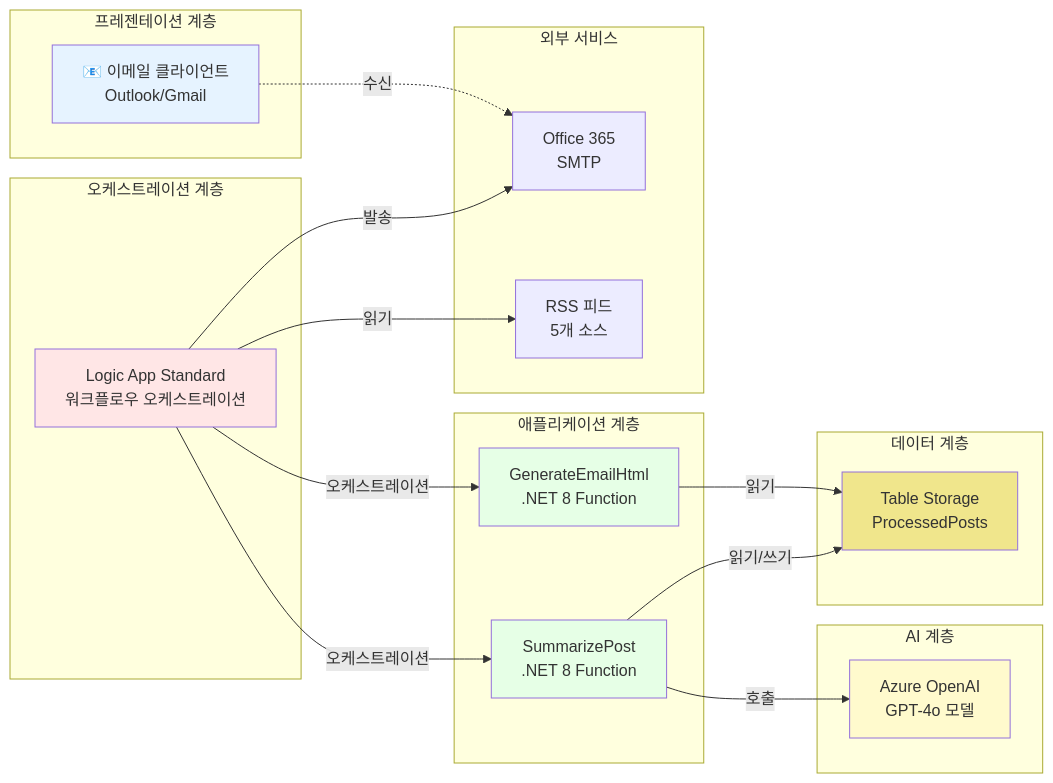
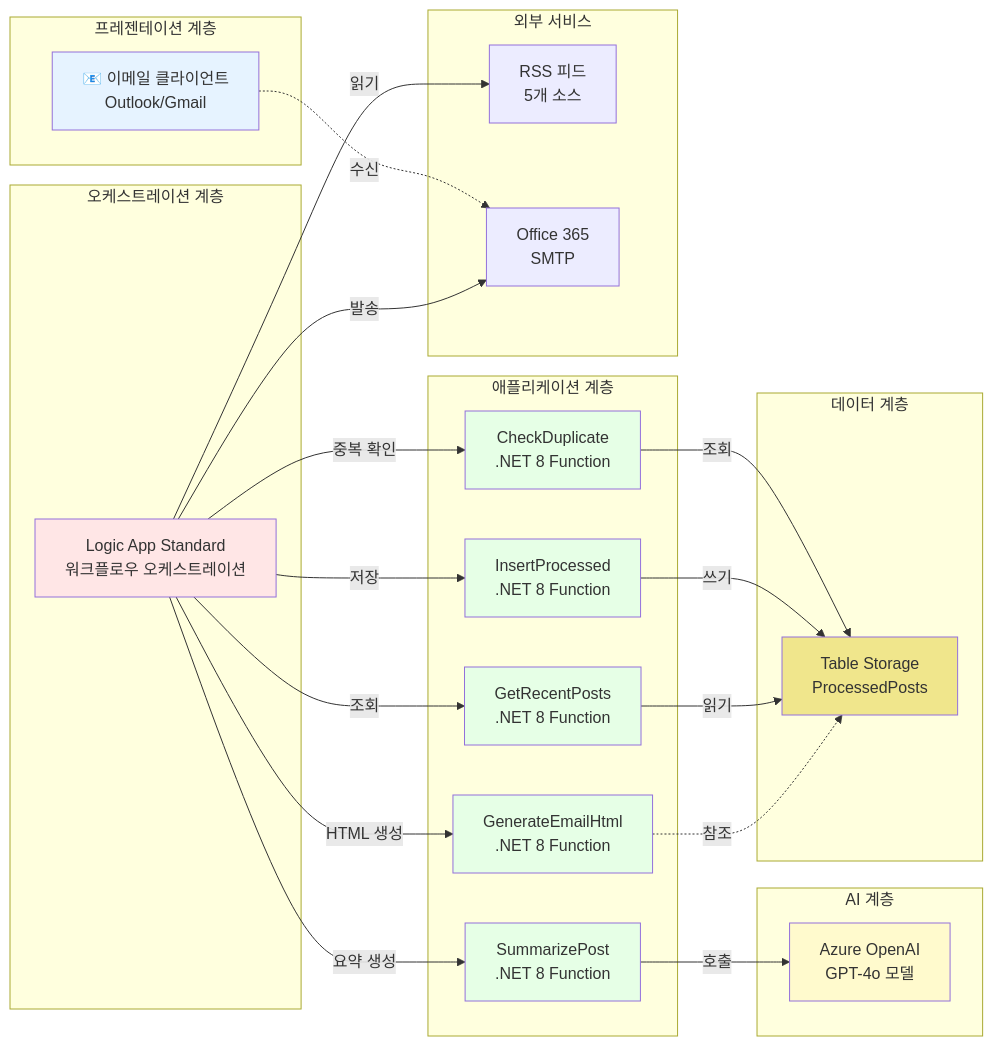
Before and after one commit to zer0big/azure-security-blog-automation: the second of 4 diagrams in docs/아키텍처.md, drawn with Mermaid. The commit also changed other lines of this file and 3 other files, not shown here.

````diff
--- a/docs/아키텍처.md
+++ b/docs/아키텍처.md
@@ -103,44 +112,55 @@
 ```mermaid
 graph LR
     subgraph "프레젠테이션 계층"
         EMAIL[📧 이메일 클라이언트<br/>Outlook/Gmail]
     end
     
     subgraph "오케스트레이션 계층"
         LOGICAPP[Logic App Standard<br/>워크플로우 오케스트레이션]
     end
     
     subgraph "애플리케이션 계층"
-        FUNC1[SummarizePost<br/>.NET 8 Function]
-        FUNC2[GenerateEmailHtml<br/>.NET 8 Function]
+        FUNC1[CheckDuplicate<br/>.NET 8 Function]
+        FUNC2[SummarizePost<br/>.NET 8 Function]
+        FUNC3[InsertProcessed<br/>.NET 8 Function]
+        FUNC4[GetRecentPosts<br/>.NET 8 Function]
+        FUNC5[GenerateEmailHtml<br/>.NET 8 Function]
     end
     
     subgraph "AI 계층"
         OPENAI[Azure OpenAI<br/>GPT-4o 모델]
     end
     
     subgraph "데이터 계층"
         TABLE[Table Storage<br/>ProcessedPosts]
     end
     
     subgraph "외부 서비스"
         RSS[RSS 피드<br/>5개 소스]
         OFFICE[Office 365<br/>SMTP]
     end
     
     EMAIL -.->|수신| OFFICE
-    LOGICAPP -->|오케스트레이션| FUNC1
-    LOGICAPP -->|오케스트레이션| FUNC2
+    LOGICAPP -->|중복 확인| FUNC1
+    LOGICAPP -->|요약 생성| FUNC2
+    LOGICAPP -->|저장| FUNC3
+    LOGICAPP -->|조회| FUNC4
+    LOGICAPP -->|HTML 생성| FUNC5
     LOGICAPP -->|읽기| RSS
     LOGICAPP -->|발송| OFFICE
-    FUNC1 -->|호출| OPENAI
-    FUNC1 -->|읽기/쓰기| TABLE
-    FUNC2 -->|읽기| TABLE
+    FUNC1 -->|조회| TABLE
+    FUNC2 -->|호출| OPENAI
+    FUNC3 -->|쓰기| TABLE
+    FUNC4 -->|읽기| TABLE
+    FUNC5 -.->|참조| TABLE
     
     style EMAIL fill:#E6F3FF
     style LOGICAPP fill:#FFE6E6
     style FUNC1 fill:#E6FFE6
     style FUNC2 fill:#E6FFE6
+    style FUNC3 fill:#E6FFE6
+    style FUNC4 fill:#E6FFE6
+    style FUNC5 fill:#E6FFE6
     style OPENAI fill:#FFFACD
     style TABLE fill:#F0E68C
 ```
````
